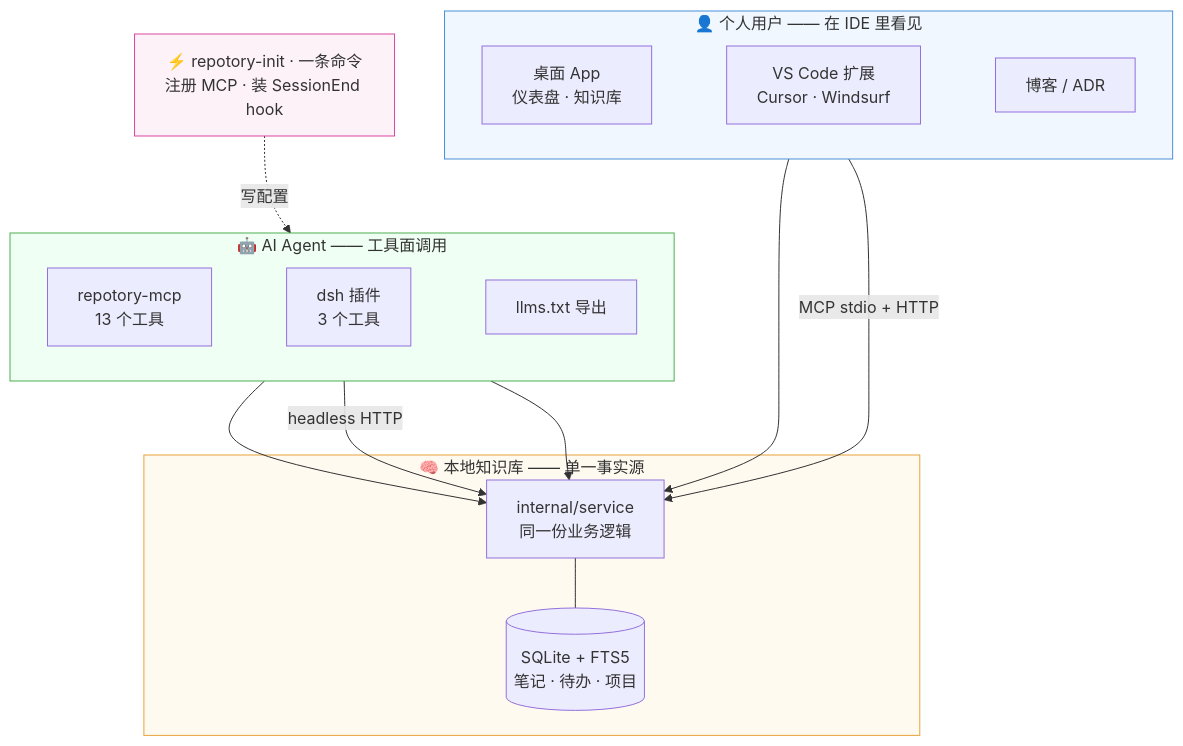
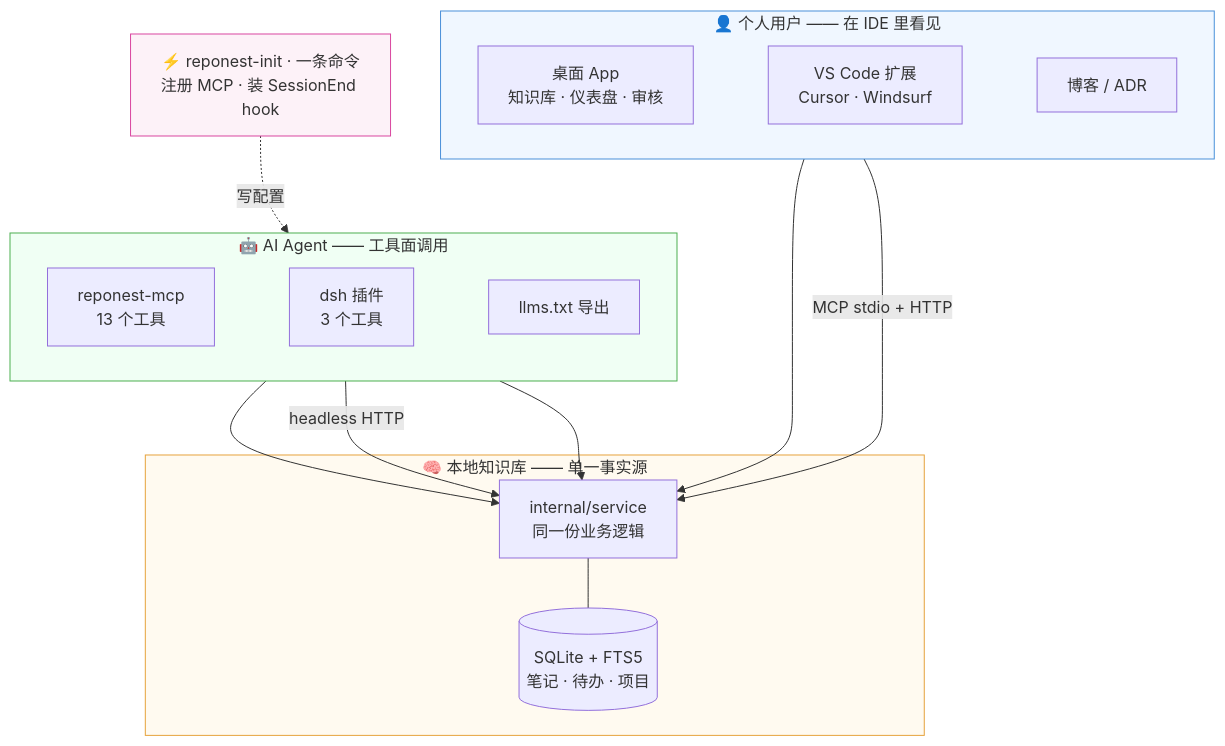
One commit to sky-jiangcheng/repo-nest changed the third of 3 diagrams in docs/index.md. Above: the diagram before and after it, drawn with Mermaid. The commit also changed other lines of this file and 11 other files, not shown here.

````diff
--- a/docs/index.md
+++ b/docs/index.md
@@ -69,37 +69,37 @@
 ```mermaid
 flowchart TB
     subgraph HUMAN["👤 个人用户 —— 在 IDE 里看见"]
         direction LR
-        DESKTOP["桌面 App<br/>仪表盘 · 知识库"]
+        DESKTOP["桌面 App<br/>知识库 · 仪表盘 · 审核"]
         VSCODE["VS Code 扩展<br/>Cursor · Windsurf"]
         BLOG["博客 / ADR"]
         DESKTOP ~~~ VSCODE ~~~ BLOG
     end
 
     subgraph AGENT["🤖 AI Agent —— 工具面调用"]
         direction LR
-        MCP["repotory-mcp<br/>13 个工具"]
+        MCP["reponest-mcp<br/>13 个工具"]
         DSH["dsh 插件<br/>3 个工具"]
         LLMSTXT["llms.txt 导出"]
         MCP ~~~ DSH ~~~ LLMSTXT
     end
 
     subgraph CORE["🧠 本地知识库 —— 单一事实源"]
         SERVICE["internal/service<br/>同一份业务逻辑"] --- DB[("SQLite + FTS5<br/>笔记 · 待办 · 项目")]
     end
 
     HUMAN ~~~ AGENT ~~~ CORE
     DESKTOP --> SERVICE
     VSCODE -->|"MCP stdio + HTTP"| SERVICE
     MCP --> SERVICE
     DSH -->|"headless HTTP"| SERVICE
     LLMSTXT --> SERVICE
 
-    INIT["⚡ repotory-init · 一条命令<br/>注册 MCP · 装 SessionEnd hook"]
+    INIT["⚡ reponest-init · 一条命令<br/>注册 MCP · 装 SessionEnd hook"]
     INIT -.->|"写配置"| MCP
 
     style HUMAN fill:#f0f7ff,stroke:#4a90d9
     style AGENT fill:#f0fff4,stroke:#4caf50
     style CORE fill:#fffaf0,stroke:#e6a23c
     style INIT fill:#fdf2f8,stroke:#d946a0
 ```
````
